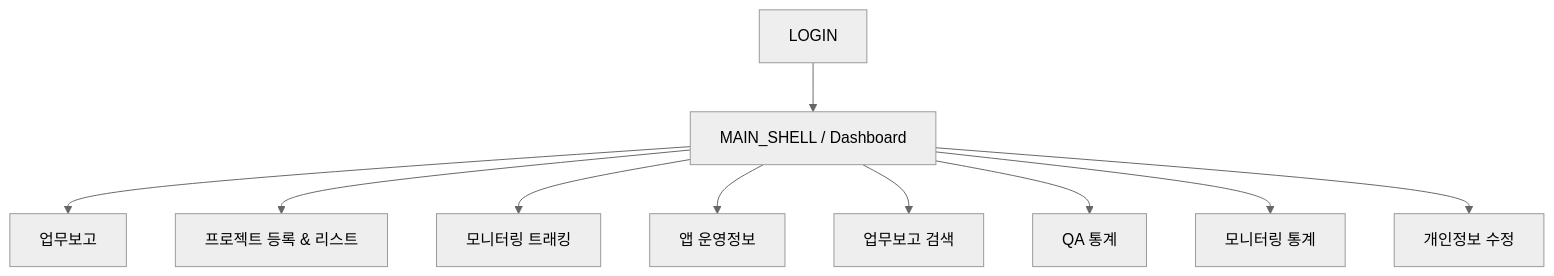
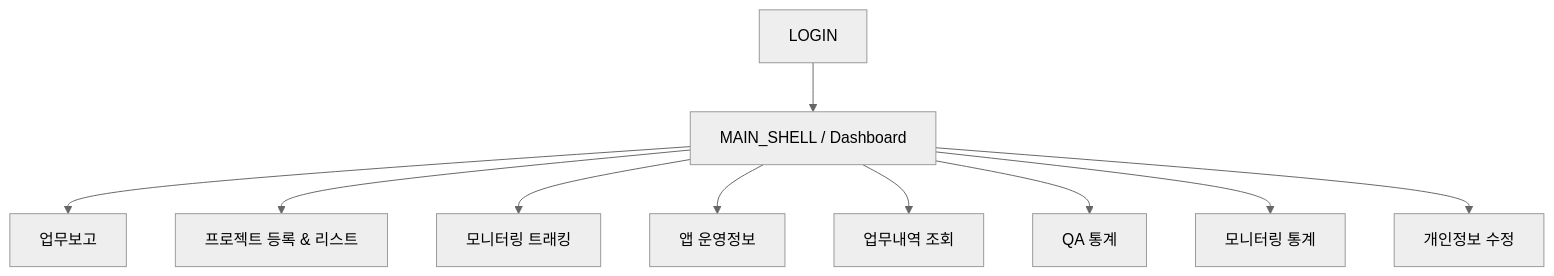
Before and after one commit to daum-a11y/my-works: the diagram in docs/php-analysis/screen-design.md, drawn with Mermaid (neutral theme). The commit also changed other lines of this file and 19 other files, not shown here.

````diff
--- a/docs/php-analysis/screen-design.md
+++ b/docs/php-analysis/screen-design.md
@@ -187,12 +187,12 @@
 ```mermaid
 flowchart TD
     Login["LOGIN"] --> Shell["MAIN_SHELL / Dashboard"]
     Shell --> Report["업무보고"]
     Shell --> Project["프로젝트 등록 & 리스트"]
     Shell --> Track["모니터링 트래킹"]
     Shell --> AppInfo["앱 운영정보"]
-    Shell --> Personal["업무보고 검색"]
+    Shell --> Personal["업무내역 조회"]
     Shell --> Qa["QA 통계"]
     Shell --> Moni["모니터링 통계"]
     Shell --> Userset["개인정보 수정"]
 ```
````
